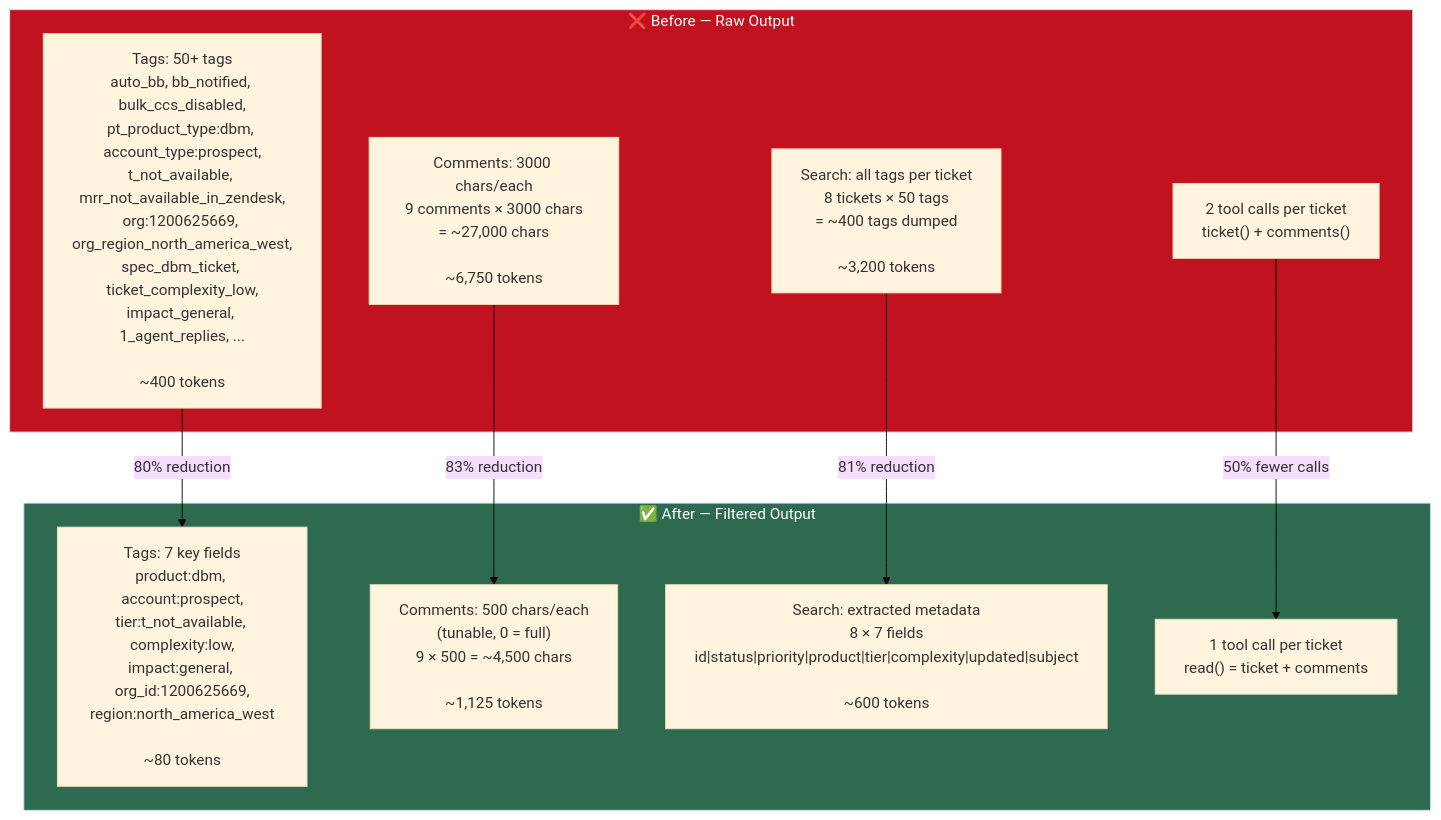
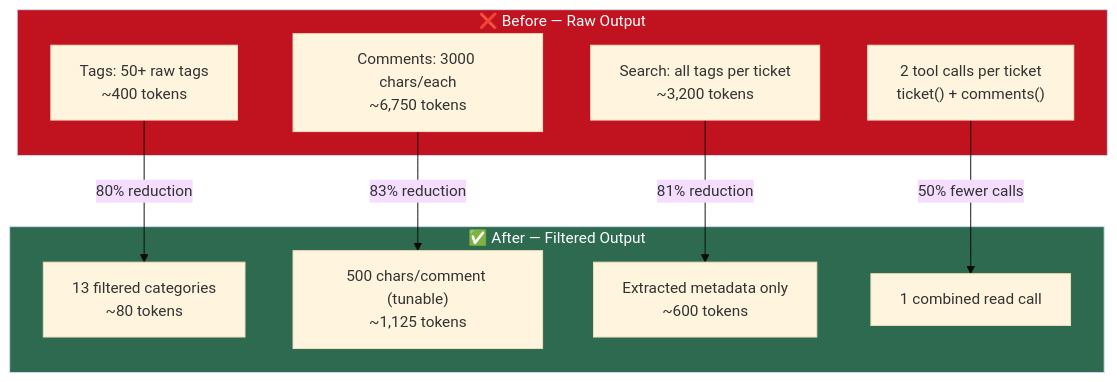
Before and after one commit to ddalexvea/datadog-cursor-diagnose-skills: the third of 5 diagrams in _shared/README.md, drawn with Mermaid (base theme). The commit also changed other lines of this file and 2 other files, not shown here.

First line of the commit message:
Fix Mermaid diagrams: replace \n with <br> for GitHub rendering

````diff
--- a/_shared/README.md
+++ b/_shared/README.md
@@ -78,24 +78,24 @@
 ```mermaid
 flowchart TD
     subgraph Before["❌ Before — Raw Output"]
-        B_tags["Tags: 50+ tags\nauto_bb, bb_notified, bulk_ccs_disabled,\npt_product_type:dbm, account_type:prospect,\nt_not_available, mrr_not_available_in_zendesk,\norg:1200625669, org_region_north_america_west,\nspec_dbm_ticket, ticket_complexity_low,\nimpact_general, 1_agent_replies, ...\n\n~400 tokens"]
-        B_comments["Comments: 3000 chars/each\n9 comments × 3000 chars\n= ~27,000 chars\n\n~6,750 tokens"]
-        B_search["Search: all tags per ticket\n8 tickets × 50 tags\n= ~400 tags dumped\n\n~3,200 tokens"]
-        B_calls["2 tool calls per ticket\nticket() + comments()"]
+        B_tags["Tags: 50+ raw tags<br>~400 tokens"]
+        B_comments["Comments: 3000 chars/each<br>~6,750 tokens"]
+        B_search["Search: all tags per ticket<br>~3,200 tokens"]
+        B_calls["2 tool calls per ticket<br>ticket() + comments()"]
     end
 
     subgraph After["✅ After — Filtered Output"]
-        A_tags["Tags: 7 key fields\nproduct:dbm, account:prospect,\ntier:t_not_available, complexity:low,\nimpact:general, org_id:1200625669,\nregion:north_america_west\n\n~80 tokens"]
-        A_comments["Comments: 500 chars/each\n(tunable, 0 = full)\n9 × 500 = ~4,500 chars\n\n~1,125 tokens"]
-        A_search["Search: extracted metadata\n8 × 7 fields\nid|status|priority|product|tier|complexity|updated|subject\n\n~600 tokens"]
-        A_calls["1 tool call per ticket\nread() = ticket + comments"]
+        A_tags["13 filtered categories<br>~80 tokens"]
+        A_comments["500 chars/comment (tunable)<br>~1,125 tokens"]
+        A_search["Extracted metadata only<br>~600 tokens"]
+        A_calls["1 combined read call"]
     end
 
     B_tags -->|"80% reduction"| A_tags
     B_comments -->|"83% reduction"| A_comments
     B_search -->|"81% reduction"| A_search
     B_calls -->|"50% fewer calls"| A_calls
 
     style Before fill:#c1121f,color:#fff
     style After fill:#2d6a4f,color:#fff
 ```
````
